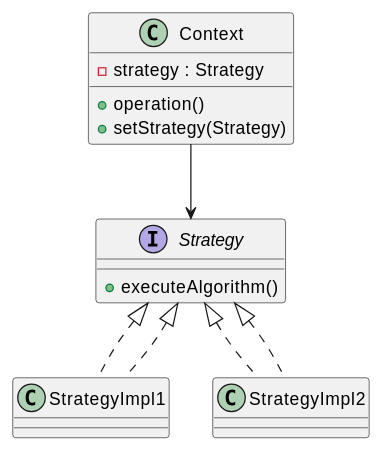
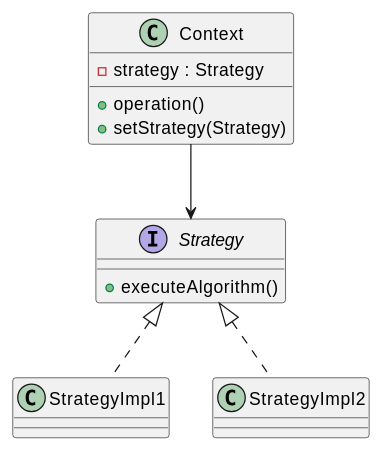
The diagram in src/main/java/com/penapereira/example/constructs/strategy/README.md (lpenap/java-patterns-and-constructs), drawn with PlantUML before and after one commit. The commit also changed other lines of this file and 18 other files, not shown here.

Commit message:
Add descriptions and class diagrams for each pattern and problem

````diff
--- a/src/main/java/com/penapereira/example/constructs/strategy/README.md
+++ b/src/main/java/com/penapereira/example/constructs/strategy/README.md
@@ -6,17 +9,15 @@
 ```plantuml
 @startuml
 interface Strategy {
     +executeAlgorithm()
 }
 class StrategyImpl1 implements Strategy
 class StrategyImpl2 implements Strategy
 class Context {
     -strategy : Strategy
     +operation()
     +setStrategy(Strategy)
 }
-Strategy <|.. StrategyImpl1
-Strategy <|.. StrategyImpl2
 Context --> Strategy
 @enduml
 ```
````
